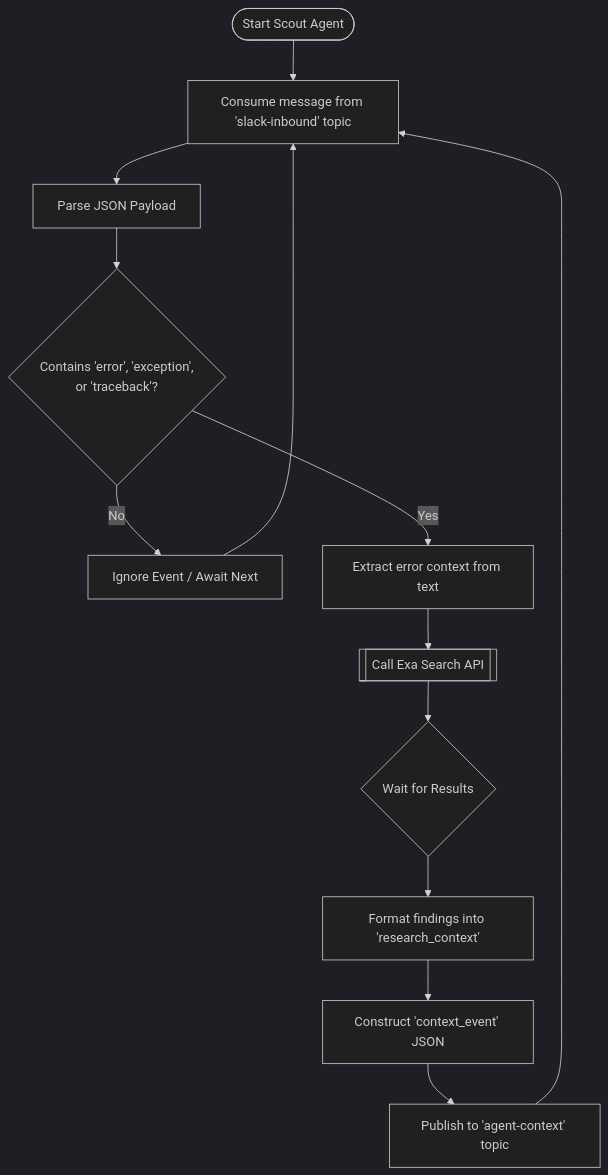
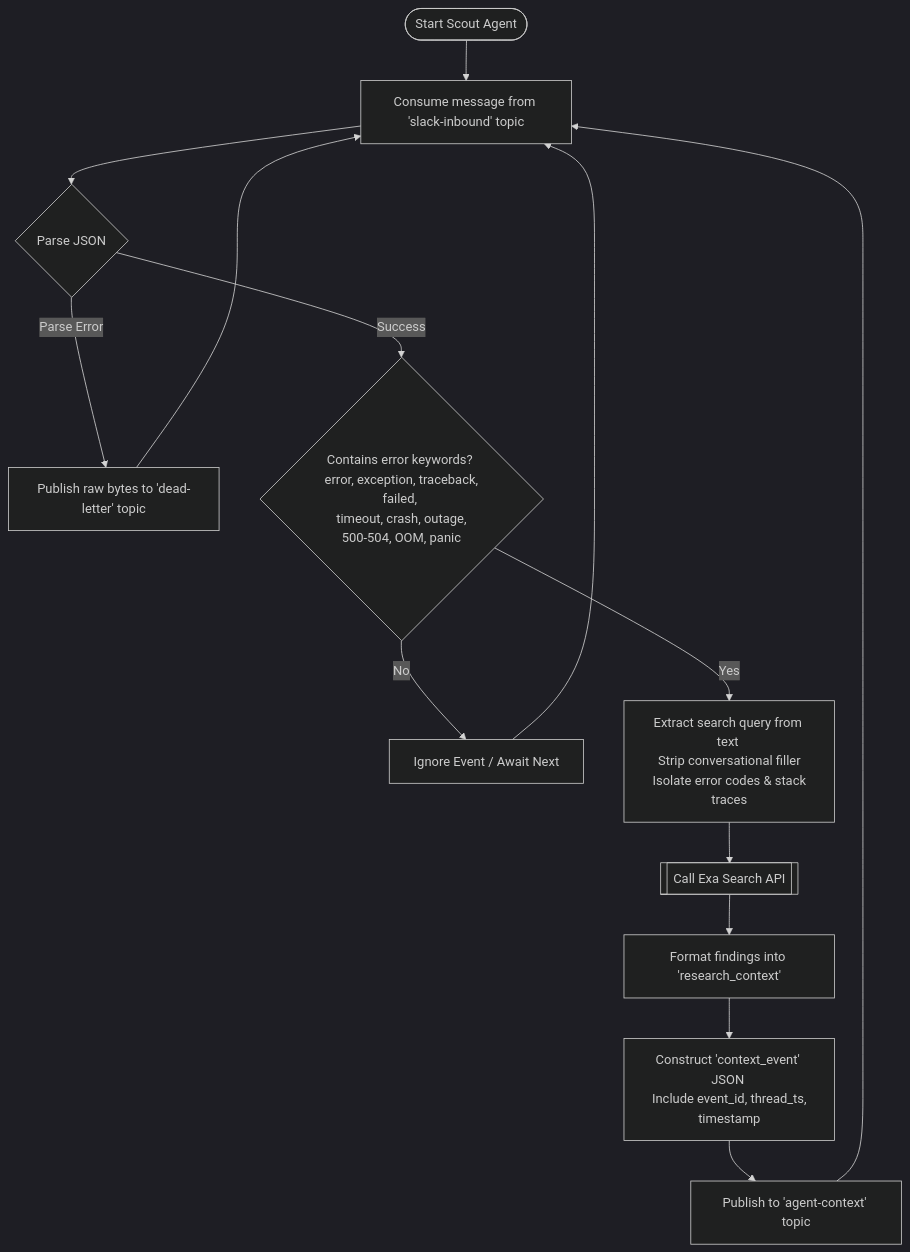
Before and after one commit to AnushaFreshStart/event-driven-war-room: the first of 4 diagrams in AGENT_FLOWS.md, drawn with Mermaid (dark theme). The commit also changed other lines of this file and 6 other files, not shown here.

````diff
--- a/AGENT_FLOWS.md
+++ b/AGENT_FLOWS.md
@@ -13,17 +13,20 @@
 ```mermaid
 flowchart TD
     Start([Start Scout Agent]) --> Consume[Consume message from 'slack-inbound' topic]
-    Consume --> Parse[Parse JSON Payload]
-    Parse --> Check{Contains 'error', 'exception', <br> or 'traceback'?}
+    Consume --> ParseJSON{Parse JSON}
+    
+    ParseJSON -->|Parse Error| DLQ[Publish raw bytes to 'dead-letter' topic]
+    DLQ --> Consume
+    
+    ParseJSON -->|Success| Check{Contains error keywords? <br> error, exception, traceback, failed, <br> timeout, crash, outage, 500-504, OOM, panic}
     
     Check -->|No| Ignore[Ignore Event / Await Next]
     Ignore --> Consume
     
-    Check -->|Yes| Extract[Extract error context from text]
+    Check -->|Yes| Extract[Extract search query from text <br> Strip conversational filler <br> Isolate error codes & stack traces]
     Extract --> CallExa[[Call Exa Search API]]
-    CallExa --> Wait{Wait for Results}
-    Wait --> Format[Format findings into 'research_context']
-    Format --> Package[Construct 'context_event' JSON]
+    CallExa --> Format[Format findings into 'research_context']
+    Format --> Package[Construct 'context_event' JSON <br> Include event_id, thread_ts, timestamp]
     Package --> Publish[Publish to 'agent-context' topic]
     Publish --> Consume
 ```
````
